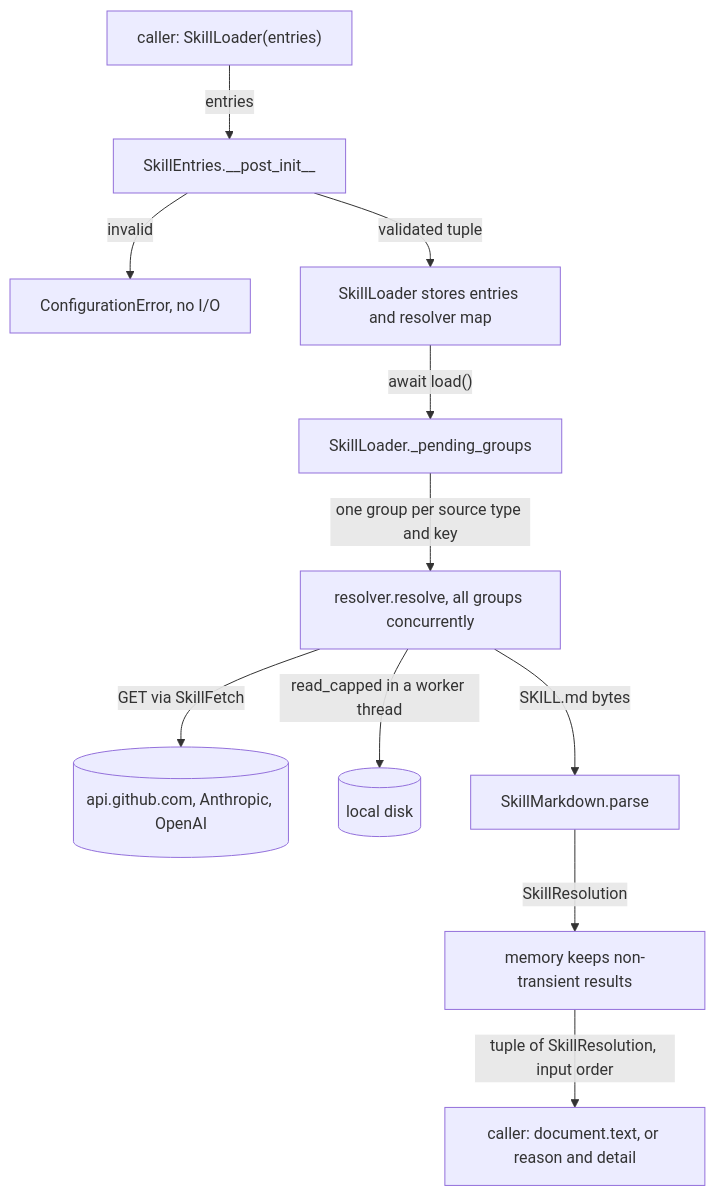
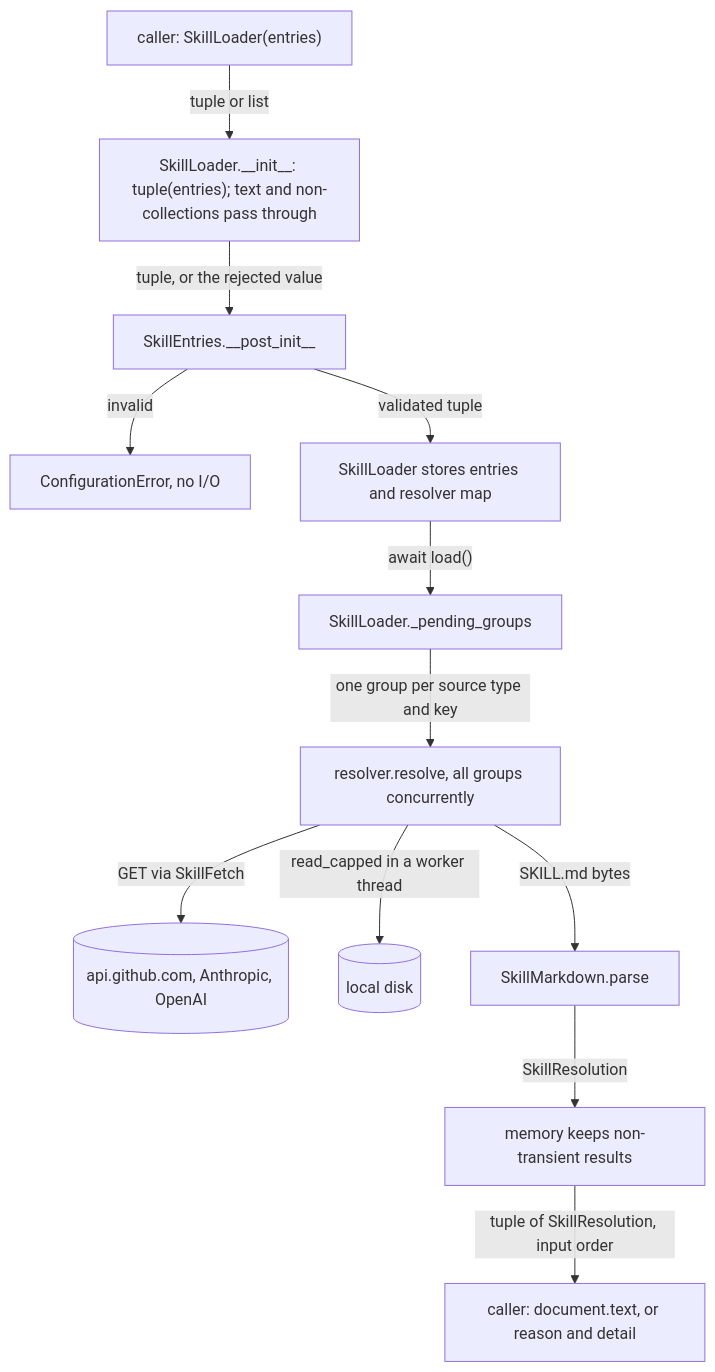
The first of 2 diagrams in docs/spec/public-skill-loader/spec.md (cerredz/Vidbyte-SDK), drawn with Mermaid before and after one commit. The commit also changed other lines of this file and 1 other file, not shown here.

Commit message:
docs(spec): revise public-skill-loader spec r2 (review round 1; rebased onto 0.3.0 main; version 0.3.1)

````diff
--- a/docs/spec/public-skill-loader/spec.md
+++ b/docs/spec/public-skill-loader/spec.md
@@ -117,13 +120,14 @@
 ```mermaid
 flowchart TD
-  A["caller: SkillLoader(entries)"] -->|entries| V["SkillEntries.__post_init__"]
+  A["caller: SkillLoader(entries)"] -->|"tuple or list"| T["SkillLoader.__init__: tuple(entries); text and non-collections pass through"]
+  T -->|"tuple, or the rejected value"| V["SkillEntries.__post_init__"]
   V -->|invalid| X["ConfigurationError, no I/O"]
   V -->|validated tuple| B["SkillLoader stores entries and resolver map"]
   B -->|"await load()"| G["SkillLoader._pending_groups"]
   G -->|"one group per source type and key"| R["resolver.resolve, all groups concurrently"]
   R -->|"GET via SkillFetch"| N[("api.github.com, Anthropic, OpenAI")]
   R -->|"read_capped in a worker thread"| D[("local disk")]
   R -->|"SKILL.md bytes"| P["SkillMarkdown.parse"]
   P -->|SkillResolution| M["memory keeps non-transient results"]
   M -->|"tuple of SkillResolution, input order"| C["caller: document.text, or reason and detail"]
 ```
````
